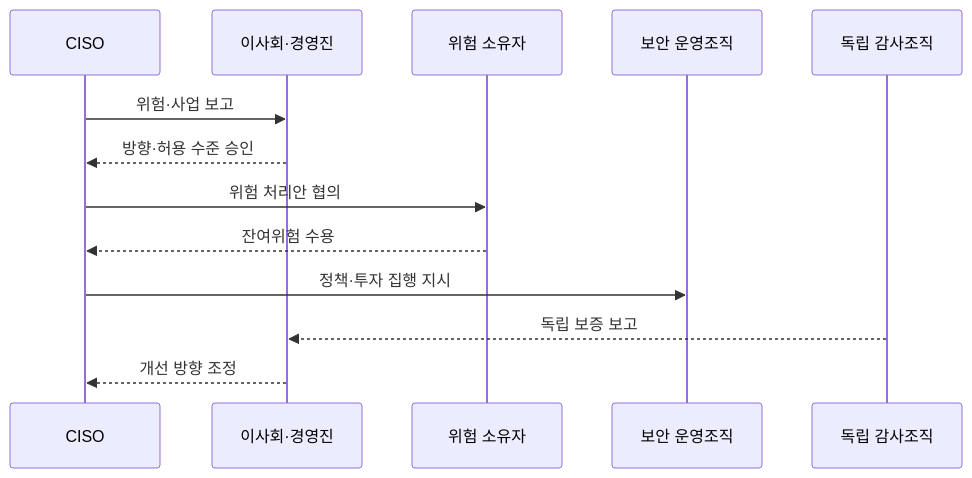
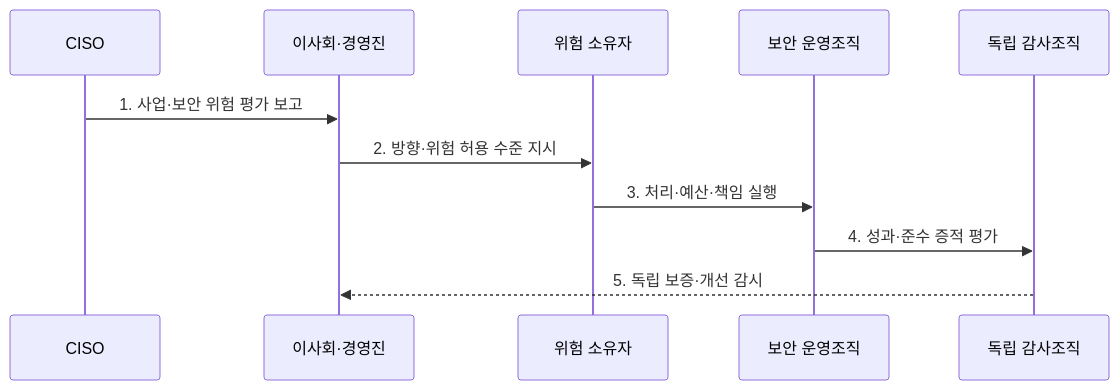
The second of 2 diagrams in src/content/docs/notes/05-security/112_information_security_governance.md (agnusdei1207/knowledge-base), drawn with Mermaid before and after one commit. The commit also changed other lines of this file and 5 other files, not shown here.

````diff
--- a/src/content/docs/notes/05-security/112_information_security_governance.md
+++ b/src/content/docs/notes/05-security/112_information_security_governance.md
@@ -78,15 +76,13 @@
 ```mermaid
 sequenceDiagram
   participant C as CISO
   participant B as 이사회·경영진
   participant R as 위험 소유자
   participant O as 보안 운영조직
   participant A as 독립 감사조직
-  C->>B: 위험·사업 보고
-  B-->>C: 방향·허용 수준 승인
-  C->>R: 위험 처리안 협의
-  R-->>C: 잔여위험 수용
-  C->>O: 정책·투자 집행 지시
-  A-->>B: 독립 보증 보고
-  B-->>C: 개선 방향 조정
+  C->>B: 1. 사업·보안 위험 평가 보고
+  B->>R: 2. 방향·위험 허용 수준 지시
+  R->>O: 3. 처리·예산·책임 실행
+  O->>A: 4. 성과·준수 증적 평가
+  A-->>B: 5. 독립 보증·개선 감시
 ```
````
